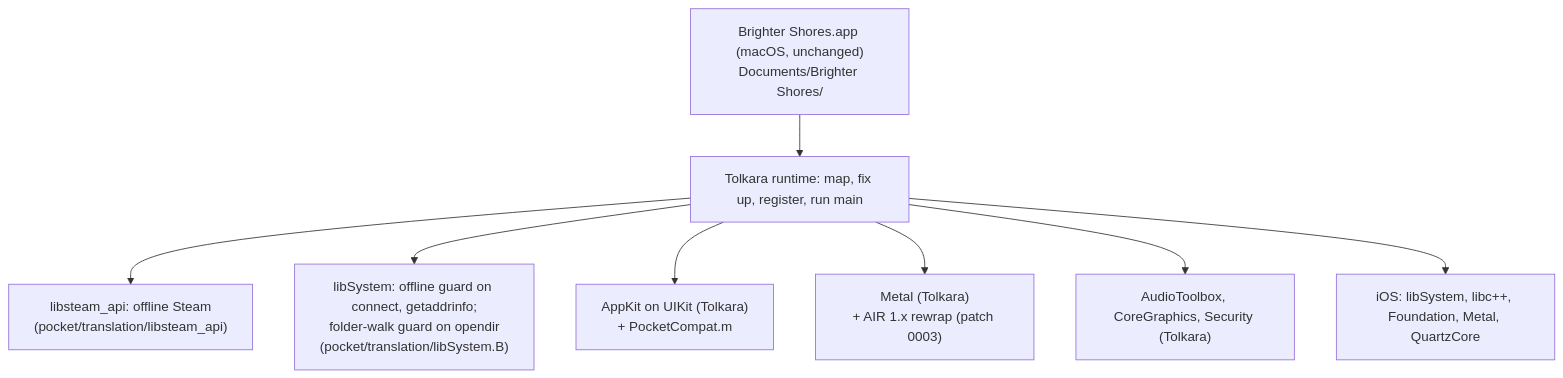
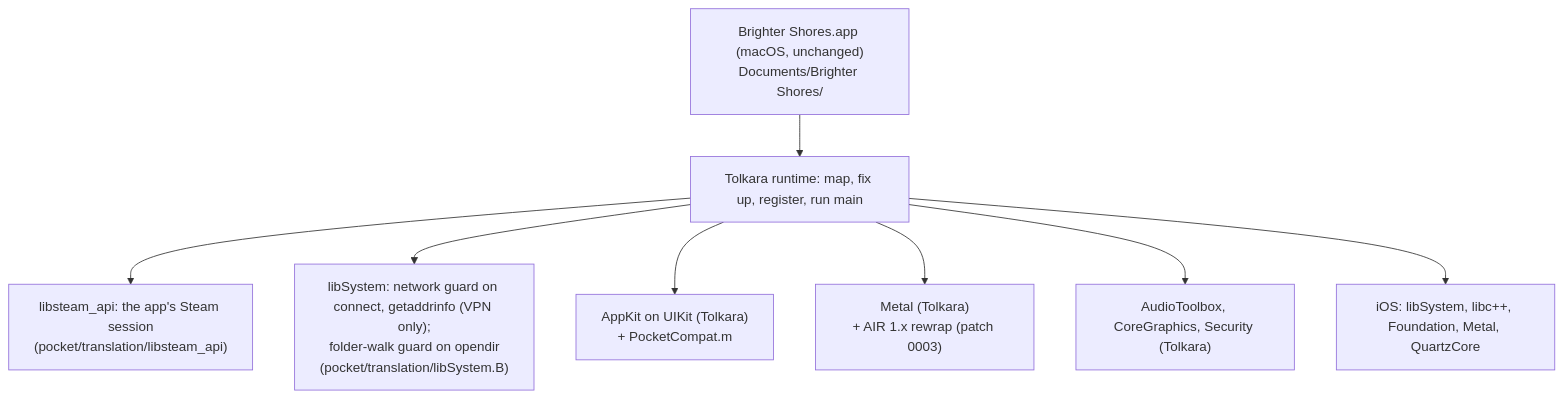
Before and after one commit to joenye/brighter-pocket: the first of 2 diagrams in docs/architecture.md, drawn with Mermaid. The commit also changed other lines of this file and 16 other files, not shown here.

First line of the commit message:
feat(network): let the game reach its servers through a VPN only

````diff
--- a/docs/architecture.md
+++ b/docs/architecture.md
@@ -9,12 +9,12 @@
 ```mermaid
 flowchart TB
     client["Brighter Shores.app (macOS, unchanged)<br/>Documents/Brighter Shores/"]
     loader["Tolkara runtime: map, fix up, register, run main"]
     client --> loader
-    loader --> steam["libsteam_api: offline Steam<br/>(pocket/translation/libsteam_api)"]
-    loader --> net["libSystem: offline guard on connect, getaddrinfo;<br/>folder-walk guard on opendir<br/>(pocket/translation/libSystem.B)"]
+    loader --> steam["libsteam_api: the app's Steam session<br/>(pocket/translation/libsteam_api)"]
+    loader --> net["libSystem: network guard on connect, getaddrinfo (VPN only);<br/>folder-walk guard on opendir<br/>(pocket/translation/libSystem.B)"]
     loader --> appkit["AppKit on UIKit (Tolkara)<br/>+ PocketCompat.m"]
     loader --> metal["Metal (Tolkara)<br/>+ AIR 1.x rewrap (patch 0003)"]
     loader --> other["AudioToolbox, CoreGraphics, Security (Tolkara)"]
     loader --> ios["iOS: libSystem, libc++, Foundation, Metal, QuartzCore"]
 ```
````
